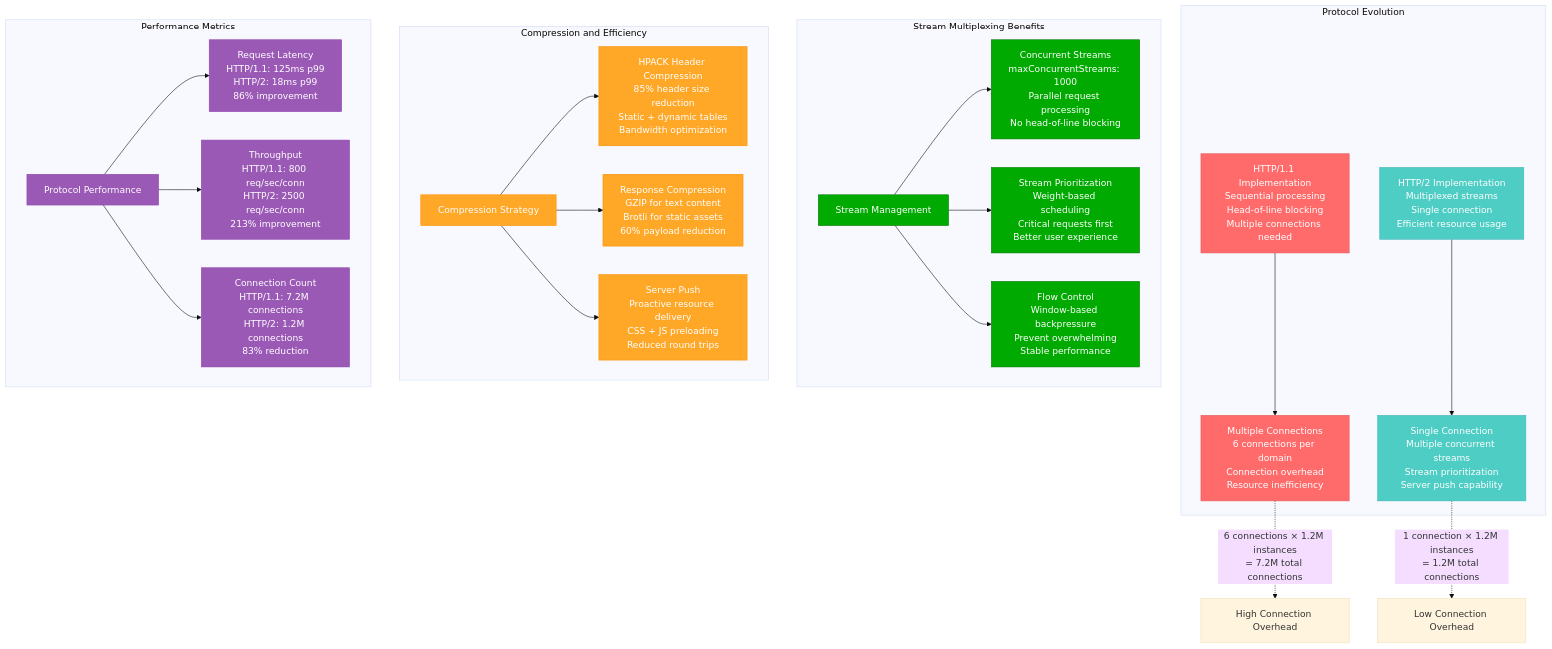
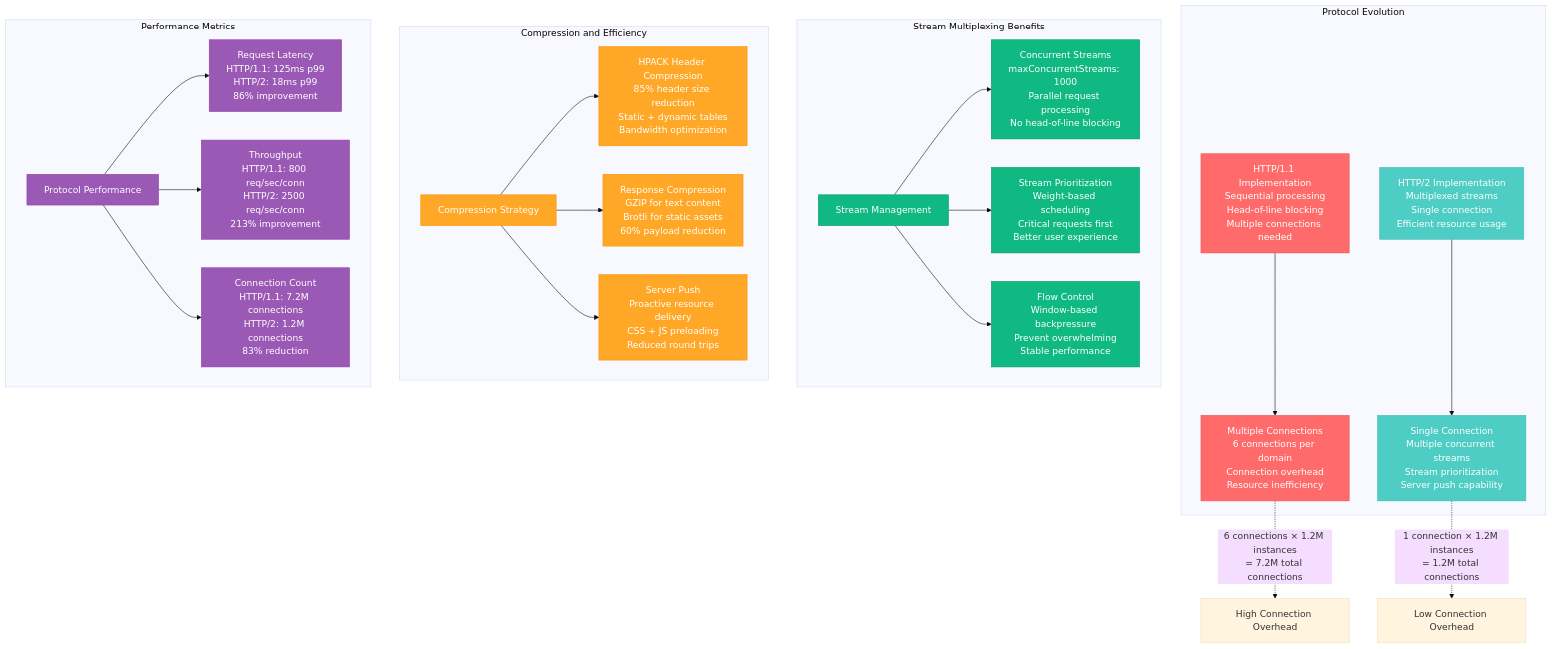
The fifth of 5 diagrams in site/docs/performance/tomcat-connector-optimization.md (deepaucksharma/DS), drawn with Mermaid (base theme) before and after one commit. The commit also changed other lines of this file and 303 other files, not shown here.

````diff
--- a/site/docs/performance/tomcat-connector-optimization.md
+++ b/site/docs/performance/tomcat-connector-optimization.md
@@ -204,48 +204,48 @@
 ```mermaid
 graph TB
     subgraph "Protocol Evolution"
         HTTP11[HTTP/1.1 Implementation<br/>Sequential processing<br/>Head-of-line blocking<br/>Multiple connections needed]
         HTTP11 --> Multiple[Multiple Connections<br/>6 connections per domain<br/>Connection overhead<br/>Resource inefficiency]
 
         HTTP2[HTTP/2 Implementation<br/>Multiplexed streams<br/>Single connection<br/>Efficient resource usage]
         HTTP2 --> Single[Single Connection<br/>Multiple concurrent streams<br/>Stream prioritization<br/>Server push capability]
     end
 
     subgraph "Stream Multiplexing Benefits"
         Stream[Stream Management]
         Stream --> Concurrent[Concurrent Streams<br/>maxConcurrentStreams: 1000<br/>Parallel request processing<br/>No head-of-line blocking]
         Stream --> Priority[Stream Prioritization<br/>Weight-based scheduling<br/>Critical requests first<br/>Better user experience]
         Stream --> FlowControl[Flow Control<br/>Window-based backpressure<br/>Prevent overwhelming<br/>Stable performance]
     end
 
     subgraph "Compression and Efficiency"
         Compress[Compression Strategy]
         Compress --> HPACK[HPACK Header Compression<br/>85% header size reduction<br/>Static + dynamic tables<br/>Bandwidth optimization]
         Compress --> GZIP[Response Compression<br/>GZIP for text content<br/>Brotli for static assets<br/>60% payload reduction]
         Compress --> ServerPush[Server Push<br/>Proactive resource delivery<br/>CSS + JS preloading<br/>Reduced round trips]
     end
 
     subgraph "Performance Metrics"
         Metrics[Protocol Performance]
         Metrics --> Latency[Request Latency<br/>HTTP/1.1: 125ms p99<br/>HTTP/2: 18ms p99<br/>86% improvement]
         Metrics --> Throughput[Throughput<br/>HTTP/1.1: 800 req/sec/conn<br/>HTTP/2: 2500 req/sec/conn<br/>213% improvement]
         Metrics --> Connections[Connection Count<br/>HTTP/1.1: 7.2M connections<br/>HTTP/2: 1.2M connections<br/>83% reduction]
     end
 
     %% Protocol comparison
     Multiple -.->|"6 connections × 1.2M instances<br/>= 7.2M total connections"| HighOverhead[High Connection Overhead]
     Single -.->|"1 connection × 1.2M instances<br/>= 1.2M total connections"| LowOverhead[Low Connection Overhead]
 
     %% Apply styles
     classDef http11Style fill:#FF6B6B,stroke:#E55555,color:#fff
     classDef http2Style fill:#4ECDC4,stroke:#45B7B8,color:#fff
-    classDef streamStyle fill:#00AA00,stroke:#007700,color:#fff
+    classDef streamStyle fill:#10B981,stroke:#059669,color:#fff
     classDef compressStyle fill:#FFA726,stroke:#FF8F00,color:#fff
     classDef metricsStyle fill:#9B59B6,stroke:#8E44AD,color:#fff
 
     class HTTP11,Multiple http11Style
     class HTTP2,Single http2Style
     class Stream,Concurrent,Priority,FlowControl streamStyle
     class Compress,HPACK,GZIP,ServerPush compressStyle
     class Metrics,Latency,Throughput,Connections metricsStyle
 ```
````
